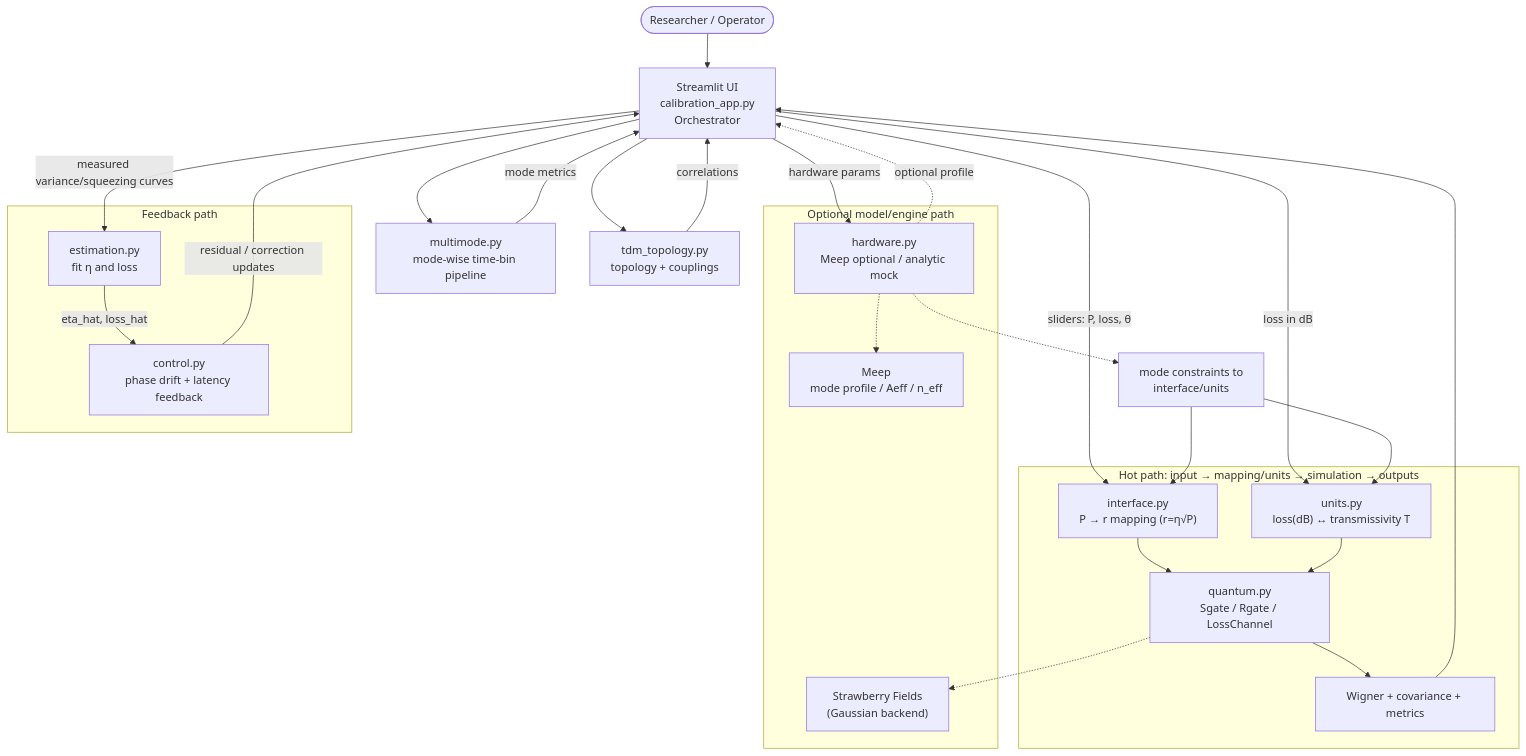
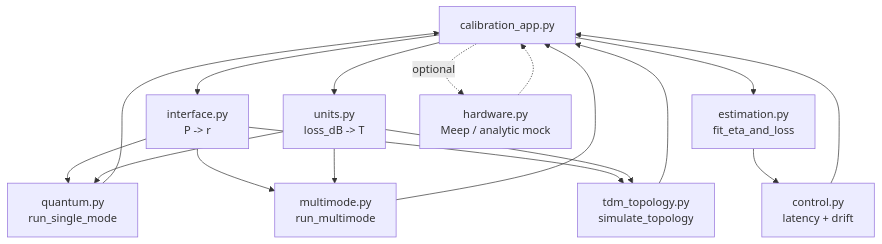
One commit to KumaHoon/Quantum-Optical-Bus-Simulation changed the second of 2 diagrams in README.md. Above: the diagram before and after it, drawn with Mermaid. The commit also changed other lines of this file and 127 other files, not shown here.

````diff
--- a/README.md
+++ b/README.md
@@ -33,48 +183,24 @@
 ```mermaid
 flowchart TD
-  %% Context
-  User([Researcher / Operator]) --> App["Streamlit UI<br/>calibration_app.py<br/>Orchestrator"]
+  UI[calibration_app.py] --> Map[interface.py<br/>P -> r]
+  UI --> Units[units.py<br/>loss_dB -> T]
 
-  %% Hot path
-  subgraph HOT["Hot path: input → mapping/units → simulation → outputs"]
-    Mapping["interface.py<br/>P → r mapping (r=η√P)"]
-    UnitMap["units.py<br/>loss(dB) ↔ transmissivity T"]
-    Quantum["quantum.py<br/>Sgate / Rgate / LossChannel"]
-    Output["Wigner + covariance + metrics"]
-  end
+  Map --> SM[quantum.py<br/>run_single_mode]
+  Units --> SM
+  SM --> UI
 
-  App -->|sliders: P, loss, θ| Mapping --> Quantum
-  App -->|loss in dB| UnitMap --> Quantum
-  Quantum --> Output --> App
+  Map --> MM[multimode.py<br/>run_multimode]
+  Units --> MM
+  MM --> UI
 
-  %% Optional path
-  subgraph OPT["Optional model/engine path"]
-    HW["hardware.py<br/>Meep optional / analytic mock"]
-    SF["Strawberry Fields<br/>(Gaussian backend)"]
-    Meep["Meep<br/>mode profile / Aeff / n_eff"]
-  end
+  Map --> Topo[tdm_topology.py<br/>simulate_topology]
+  Units --> Topo
+  Topo --> UI
 
-  App -->|hardware params| HW
-  HW -.->|optional profile| App
-  Quantum -.-> SF
-  HW -.-> Meep
-  HW -.-> Qext["mode constraints to<br/>interface/units"]
-  Qext --> Mapping
-  Qext --> UnitMap
+  UI --> Est[estimation.py<br/>fit_eta_and_loss]
+  Est --> Ctrl[control.py<br/>latency + drift]
+  Ctrl --> UI
 
-  %% Feedback path
-  subgraph FB["Feedback path"]
-    Est["estimation.py<br/>fit η and loss"]
-    Ctrl["control.py<br/>phase drift + latency feedback"]
-  end
-
-  App -->|measured variance/squeezing curves| Est
-  Est -->|eta_hat, loss_hat| Ctrl
-  Ctrl -->|residual / correction updates| App
-
-  %% Extensions
-  App --> Multi["multimode.py<br/>mode-wise time-bin pipeline"]
-  App --> Top["tdm_topology.py<br/>topology + couplings"]
-  Multi -->|mode metrics| App
-  Top -->|correlations| App
+  UI -. optional .-> HW[hardware.py<br/>Meep / analytic mock]
+  HW -.-> UI
 ```
````
